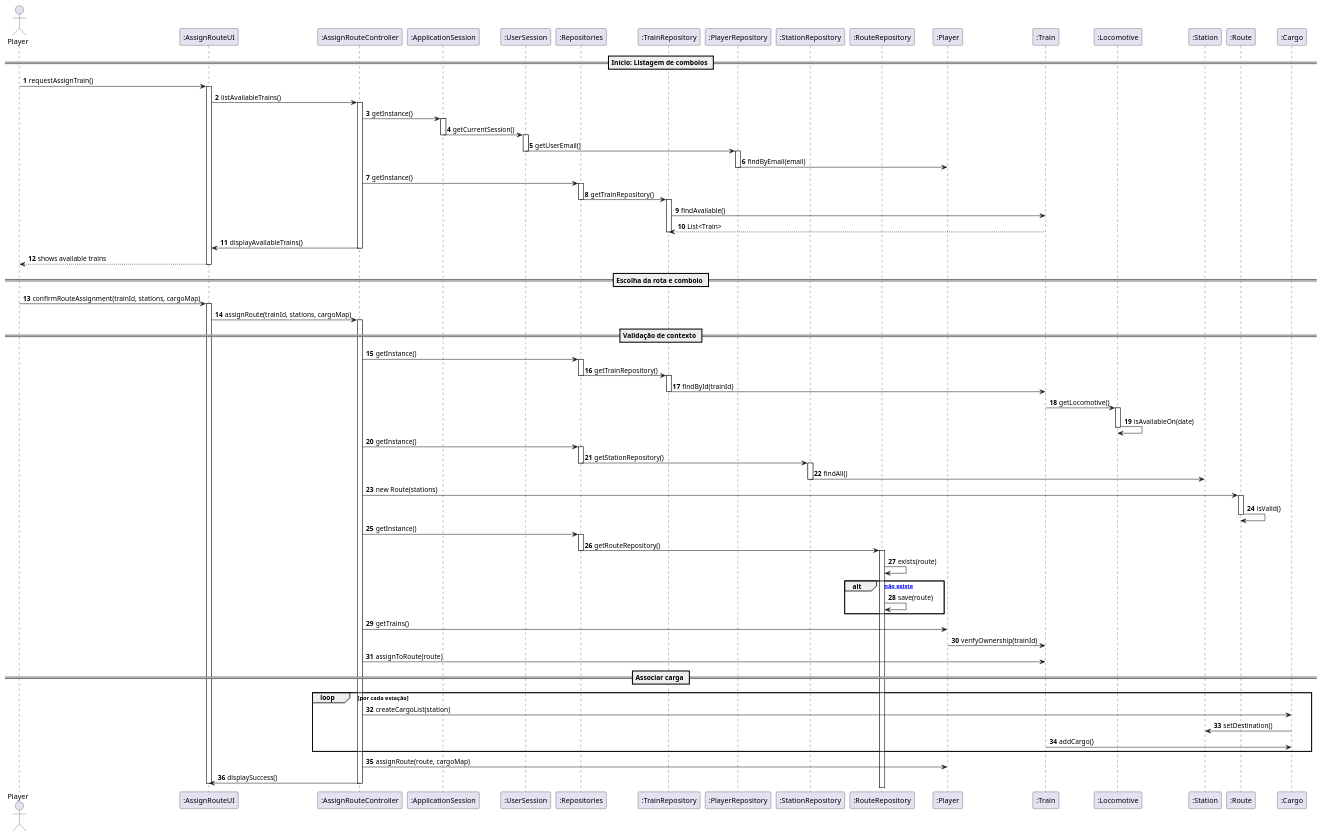
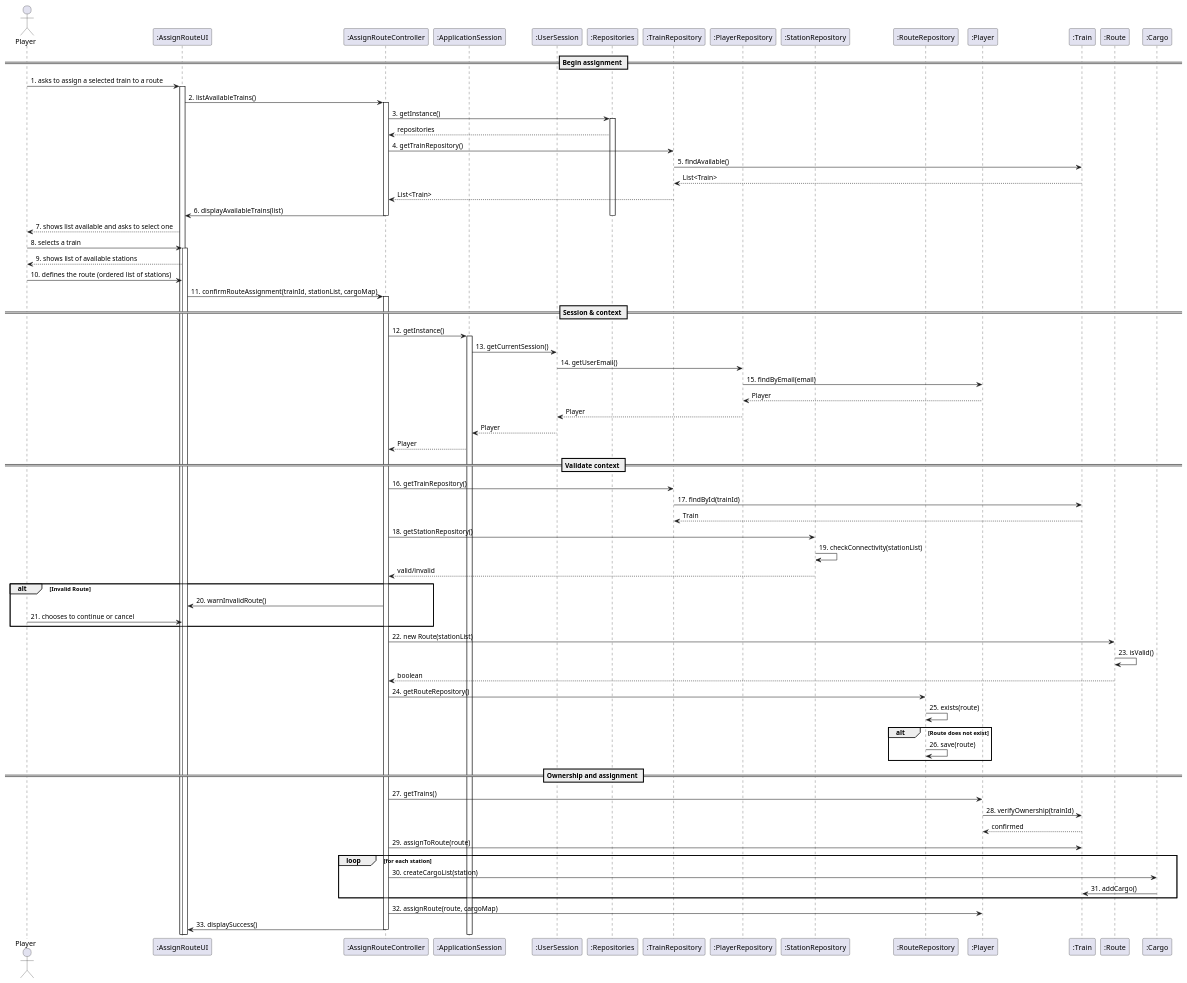
One commit to Andremonteiro1240850/railway_simulator changed the diagram in Sprint2/US10/03.design/puml/US10-SD.puml. Above: the diagram before and after it, drawn with PlantUML. The commit also changed other lines of this file and 10 other files, not shown here.

```diff
--- a/Sprint2/US10/03.design/puml/US10-SD.puml
+++ b/Sprint2/US10/03.design/puml/US10-SD.puml
@@ -1,118 +1,101 @@
 @startuml
-' === SD da US10: Atribuir comboio a uma rota ===
-' Padrões: GRASP (Controller, IE, Creator), RDD, SRP, LC/HC
-' Objetivo: Representar um fluxo completo de interação do jogador para atribuir um comboio a uma rota com cargas
 
 actor Player
 
-participant UI as ":AssignRouteUI"
-participant CTRL as ":AssignRouteController"
-participant AppSession as ":ApplicationSession"
-participant UserSession as ":UserSession"
-participant Repos as ":Repositories"
-participant TrainRepo as ":TrainRepository"
-participant PlayerRepo as ":PlayerRepository"
-participant StationRepo as ":StationRepository"
-participant RouteRepo as ":RouteRepository"
-participant PlayerObj as ":Player"
-participant Train as ":Train"
-participant Loco as ":Locomotive"
-participant Station as ":Station"
-participant Route as ":Route"
-participant Cargo as ":Cargo"
+participant ":AssignRouteUI"
+participant ":AssignRouteController"
+participant ":ApplicationSession"
+participant ":UserSession"
+participant ":Repositories"
+participant ":TrainRepository"
+participant ":PlayerRepository"
+participant ":StationRepository"
+participant ":RouteRepository"
+participant ":Player"
+participant ":Train"
+participant ":Route"
+participant ":Cargo"
 
-autonumber
+== Begin assignment ==
 
-== Início: Listagem de comboios ==
-Player -> UI : requestAssignTrain()
-activate UI
-UI -> CTRL : listAvailableTrains()
-activate CTRL
+Player -> ":AssignRouteUI" : 1. asks to assign a selected train to a route
+activate ":AssignRouteUI"
 
-CTRL -> AppSession : getInstance()
-activate AppSession
-AppSession -> UserSession : getCurrentSession()
-deactivate AppSession
-activate UserSession
-UserSession -> PlayerRepo : getUserEmail()
-deactivate UserSession
-activate PlayerRepo
-PlayerRepo -> PlayerObj : findByEmail(email)
-deactivate PlayerRepo
+":AssignRouteUI" -> ":AssignRouteController" : 2. listAvailableTrains()
+activate ":AssignRouteController"
 
-CTRL -> Repos : getInstance()
-activate Repos
-Repos -> TrainRepo : getTrainRepository()
-deactivate Repos
-activate TrainRepo
-TrainRepo -> Train : findAvailable()
-Train --> TrainRepo : List<Train>
-deactivate TrainRepo
+":AssignRouteController" -> ":Repositories" : 3. getInstance()
+activate ":Repositories"
+":Repositories" --> ":AssignRouteController" : repositories
 
-CTRL -> UI : displayAvailableTrains()
-deactivate CTRL
+":AssignRouteController" -> ":TrainRepository" : 4. getTrainRepository()
+":TrainRepository" -> ":Train" : 5. findAvailable()
+":Train" --> ":TrainRepository" : List<Train>
+":TrainRepository" --> ":AssignRouteController" : List<Train>
 
-UI --> Player : shows available trains
+":AssignRouteController" -> ":AssignRouteUI" : 6. displayAvailableTrains(list)
+deactivate ":Repositories"
+deactivate ":AssignRouteController"
 
-deactivate UI
+":AssignRouteUI" --> Player : 7. shows list available and asks to select one
 
-== Escolha da rota e comboio ==
-Player -> UI : confirmRouteAssignment(trainId, stations, cargoMap)
-activate UI
-UI -> CTRL : assignRoute(trainId, stations, cargoMap)
-activate CTRL
+Player -> ":AssignRouteUI" : 8. selects a train
+activate ":AssignRouteUI"
+":AssignRouteUI" --> Player : 9. shows list of available stations
 
-== Validação de contexto ==
-CTRL -> Repos : getInstance()
-activate Repos
-Repos -> TrainRepo : getTrainRepository()
-deactivate Repos
-activate TrainRepo
-TrainRepo -> Train : findById(trainId)
-deactivate TrainRepo
+Player -> ":AssignRouteUI" : 10. defines the route (ordered list of stations)
+":AssignRouteUI" -> ":AssignRouteController" : 11. confirmRouteAssignment(trainId, stationList, cargoMap)
+activate ":AssignRouteController"
 
-Train -> Loco : getLocomotive()
-activate Loco
-Loco -> Loco : isAvailableOn(date)
-deactivate Loco
+== Session & context ==
+":AssignRouteController" -> ":ApplicationSession" : 12. getInstance()
+activate ":ApplicationSession"
+":ApplicationSession" -> ":UserSession" : 13. getCurrentSession()
+":UserSession" -> ":PlayerRepository" : 14. getUserEmail()
+":PlayerRepository" -> ":Player" : 15. findByEmail(email)
+":Player" --> ":PlayerRepository" : Player
+":PlayerRepository" --> ":UserSession" : Player
+":UserSession" --> ":ApplicationSession" : Player
+":ApplicationSession" --> ":AssignRouteController" : Player
 
-CTRL -> Repos : getInstance()
-activate Repos
-Repos -> StationRepo : getStationRepository()
-deactivate Repos
-activate StationRepo
-StationRepo -> Station : findAll()
-deactivate StationRepo
+== Validate context ==
+":AssignRouteController" -> ":TrainRepository" : 16. getTrainRepository()
+":TrainRepository" -> ":Train" : 17. findById(trainId)
+":Train" --> ":TrainRepository" : Train
 
-CTRL -> Route : new Route(stations)
-activate Route
-Route -> Route : isValid()
-deactivate Route
+":AssignRouteController" -> ":StationRepository" : 18. getStationRepository()
+":StationRepository" -> ":StationRepository" : 19. checkConnectivity(stationList)
+":StationRepository" --> ":AssignRouteController" : valid/invalid
 
-CTRL -> Repos : getInstance()
-activate Repos
-Repos -> RouteRepo : getRouteRepository()
-deactivate Repos
-activate RouteRepo
-RouteRepo -> RouteRepo : exists(route)
-alt [Route não existe]
-  RouteRepo -> RouteRepo : save(route)
+alt Invalid Route
+    ":AssignRouteController" -> ":AssignRouteUI" : 20. warnInvalidRoute()
+    Player -> ":AssignRouteUI" : 21. chooses to continue or cancel
 end
 
-CTRL -> PlayerObj : getTrains()
-PlayerObj -> Train : verifyOwnership(trainId)
-deactivate PlayerObj
-CTRL -> Train : assignToRoute(route)
+":AssignRouteController" -> ":Route" : 22. new Route(stationList)
+":Route" -> ":Route" : 23. isValid()
+":Route" --> ":AssignRouteController" : boolean
 
-== Associar carga ==
-loop por cada estação
-  CTRL -> Cargo : createCargoList(station)
-  Cargo -> Station : setDestination()
-  Train -> Cargo : addCargo()
+":AssignRouteController" -> ":RouteRepository" : 24. getRouteRepository()
+":RouteRepository" -> ":RouteRepository" : 25. exists(route)
+alt Route does not exist
+  ":RouteRepository" -> ":RouteRepository" : 26. save(route)
 end
 
-CTRL -> PlayerObj : assignRoute(route, cargoMap)
-CTRL -> UI : displaySuccess()
-deactivate CTRL
-deactivate UI
+== Ownership and assignment ==
+":AssignRouteController" -> ":Player" : 27. getTrains()
+":Player" -> ":Train" : 28. verifyOwnership(trainId)
+":Train" --> ":Player" : confirmed
+
+":AssignRouteController" -> ":Train" : 29. assignToRoute(route)
+
+loop for each station
+    ":AssignRouteController" -> ":Cargo" : 30. createCargoList(station)
+    ":Cargo" -> ":Train" : 31. addCargo()
+end
+
+":AssignRouteController" -> ":Player" : 32. assignRoute(route, cargoMap)
+
+":AssignRouteController" -> ":AssignRouteUI" : 33. displaySuccess()
+deactivate ":AssignRouteController"
 @enduml
```
